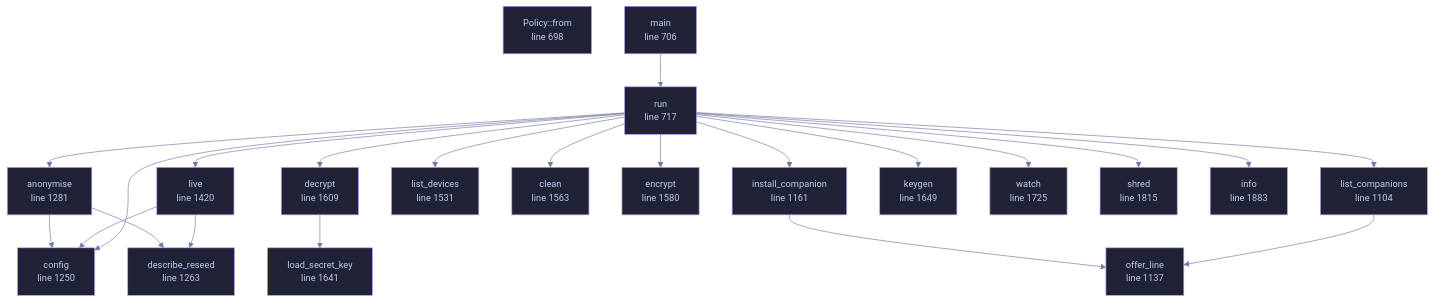
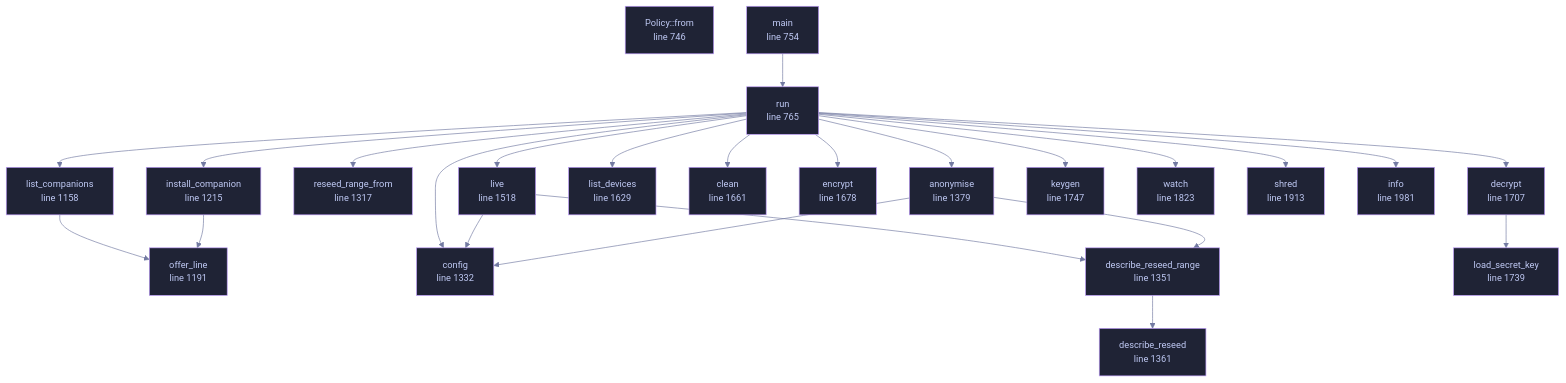
One commit to tilas01/veilvoice changed the diagram in docs/files/veilvoice-cli/main.md. Above: the diagram before and after it, drawn with Mermaid. The commit also changed other lines of this file and 37 other files, not shown here.

````diff
--- a/docs/files/veilvoice-cli/main.md
+++ b/docs/files/veilvoice-cli/main.md
@@ -129,65 +129,71 @@
 ```mermaid
 %%{init: {"theme":"base","themeVariables":{"background":"#1a1b26","primaryColor":"#1f2335","primaryTextColor":"#c0caf5","primaryBorderColor":"#7aa2f7","secondaryColor":"#16161e","tertiaryColor":"#16161e","lineColor":"#737aa2","textColor":"#c0caf5","mainBkg":"#1f2335","nodeBorder":"#7aa2f7","clusterBkg":"#16161e","clusterBorder":"#2f3549","fontFamily":"ui-monospace, SFMono-Regular, Consolas, monospace","fontSize":"14px"}}}%%
 flowchart TD
-    n_from["Policy::from<br/>line 698"]
-    n_main["main<br/>line 706"]
-    n_run["run<br/>line 717"]
-    n_list_companions["list_companions<br/>line 1104"]
-    n_offer_line["offer_line<br/>line 1137"]
-    n_install_companion["install_companion<br/>line 1161"]
-    n_config["config<br/>line 1250"]
-    n_describe_reseed["describe_reseed<br/>line 1263"]
-    n_anonymise["anonymise<br/>line 1281"]
-    n_live["live<br/>line 1420"]
-    n_list_devices["list_devices<br/>line 1531"]
-    n_clean["clean<br/>line 1563"]
-    n_encrypt["encrypt<br/>line 1580"]
-    n_decrypt["decrypt<br/>line 1609"]
-    n_load_secret_key["load_secret_key<br/>line 1641"]
-    n_keygen["keygen<br/>line 1649"]
-    n_watch["watch<br/>line 1725"]
-    n_shred["shred<br/>line 1815"]
-    n_info["info<br/>line 1883"]
+    n_from["Policy::from<br/>line 746"]
+    n_main["main<br/>line 754"]
+    n_run["run<br/>line 765"]
+    n_list_companions["list_companions<br/>line 1158"]
+    n_offer_line["offer_line<br/>line 1191"]
+    n_install_companion["install_companion<br/>line 1215"]
+    n_reseed_range_from["reseed_range_from<br/>line 1317"]
+    n_config["config<br/>line 1332"]
+    n_describe_reseed_range["describe_reseed_range<br/>line 1351"]
+    n_describe_reseed["describe_reseed<br/>line 1361"]
+    n_anonymise["anonymise<br/>line 1379"]
+    n_live["live<br/>line 1518"]
+    n_list_devices["list_devices<br/>line 1629"]
+    n_clean["clean<br/>line 1661"]
+    n_encrypt["encrypt<br/>line 1678"]
+    n_decrypt["decrypt<br/>line 1707"]
+    n_load_secret_key["load_secret_key<br/>line 1739"]
+    n_keygen["keygen<br/>line 1747"]
+    n_watch["watch<br/>line 1823"]
+    n_shred["shred<br/>line 1913"]
+    n_info["info<br/>line 1981"]
     n_anonymise --> n_config
-    n_anonymise --> n_describe_reseed
+    n_anonymise --> n_describe_reseed_range
     n_decrypt --> n_load_secret_key
+    n_describe_reseed_range --> n_describe_reseed
     n_install_companion --> n_offer_line
     n_list_companions --> n_offer_line
     n_live --> n_config
-    n_live --> n_describe_reseed
+    n_live --> n_describe_reseed_range
     n_main --> n_run
     n_run --> n_anonymise
     n_run --> n_clean
     n_run --> n_config
     n_run --> n_decrypt
     n_run --> n_encrypt
     n_run --> n_info
     n_run --> n_install_companion
     n_run --> n_keygen
     n_run --> n_list_companions
     n_run --> n_list_devices
     n_run --> n_live
+    n_run --> n_reseed_range_from
     n_run --> n_shred
     n_run --> n_watch
-    click n_from href "https://github.com/tilas01/veilvoice/blob/main/crates/veilvoice-cli/src/main.rs#L698" "open the source"
-    click n_main href "https://github.com/tilas01/veilvoice/blob/main/crates/veilvoice-cli/src/main.rs#L706" "open the source"
-    click n_run href "https://github.com/tilas01/veilvoice/blob/main/crates/veilvoice-cli/src/main.rs#L717" "open the source"
-    click n_list_companions href "https://github.com/tilas01/veilvoice/blob/main/crates/veilvoice-cli/src/main.rs#L1104" "open the source"
-    click n_offer_line href "https://github.com/tilas01/veilvoice/blob/main/crates/veilvoice-cli/src/main.rs#L1137" "open the source"
-    click n_install_companion href "https://github.com/tilas01/veilvoice/blob/main/crates/veilvoice-cli/src/main.rs#L1161" "open the source"
-    click n_config href "https://github.com/tilas01/veilvoice/blob/main/crates/veilvoice-cli/src/main.rs#L1250" "open the source"
-    click n_describe_reseed href "https://github.com/tilas01/veilvoice/blob/main/crates/veilvoice-cli/src/main.rs#L1263" "open the source"
-    click n_anonymise href "https://github.com/tilas01/veilvoice/blob/main/crates/veilvoice-cli/src/main.rs#L1281" "open the source"
-    click n_live href "https://github.com/tilas01/veilvoice/blob/main/crates/veilvoice-cli/src/main.rs#L1420" "open the source"
-    click n_list_devices href "https://github.com/tilas01/veilvoice/blob/main/crates/veilvoice-cli/src/main.rs#L1531" "open the source"
-    click n_clean href "https://github.com/tilas01/veilvoice/blob/main/crates/veilvoice-cli/src/main.rs#L1563" "open the source"
-    click n_encrypt href "https://github.com/tilas01/veilvoice/blob/main/crates/veilvoice-cli/src/main.rs#L1580" "open the source"
-    click n_decrypt href "https://github.com/tilas01/veilvoice/blob/main/crates/veilvoice-cli/src/main.rs#L1609" "open the source"
-    click n_load_secret_key href "https://github.com/tilas01/veilvoice/blob/main/crates/veilvoice-cli/src/main.rs#L1641" "open the source"
-    click n_keygen href "https://github.com/tilas01/veilvoice/blob/main/crates/veilvoice-cli/src/main.rs#L1649" "open the source"
-    click n_watch href "https://github.com/tilas01/veilvoice/blob/main/crates/veilvoice-cli/src/main.rs#L1725" "open the source"
-    click n_shred href "https://github.com/tilas01/veilvoice/blob/main/crates/veilvoice-cli/src/main.rs#L1815" "open the source"
-    click n_info href "https://github.com/tilas01/veilvoice/blob/main/crates/veilvoice-cli/src/main.rs#L1883" "open the source"
+    click n_from href "https://github.com/tilas01/veilvoice/blob/main/crates/veilvoice-cli/src/main.rs#L746" "open the source"
+    click n_main href "https://github.com/tilas01/veilvoice/blob/main/crates/veilvoice-cli/src/main.rs#L754" "open the source"
+    click n_run href "https://github.com/tilas01/veilvoice/blob/main/crates/veilvoice-cli/src/main.rs#L765" "open the source"
+    click n_list_companions href "https://github.com/tilas01/veilvoice/blob/main/crates/veilvoice-cli/src/main.rs#L1158" "open the source"
+    click n_offer_line href "https://github.com/tilas01/veilvoice/blob/main/crates/veilvoice-cli/src/main.rs#L1191" "open the source"
+    click n_install_companion href "https://github.com/tilas01/veilvoice/blob/main/crates/veilvoice-cli/src/main.rs#L1215" "open the source"
+    click n_reseed_range_from href "https://github.com/tilas01/veilvoice/blob/main/crates/veilvoice-cli/src/main.rs#L1317" "open the source"
+    click n_config href "https://github.com/tilas01/veilvoice/blob/main/crates/veilvoice-cli/src/main.rs#L1332" "open the source"
+    click n_describe_reseed_range href "https://github.com/tilas01/veilvoice/blob/main/crates/veilvoice-cli/src/main.rs#L1351" "open the source"
+    click n_describe_reseed href "https://github.com/tilas01/veilvoice/blob/main/crates/veilvoice-cli/src/main.rs#L1361" "open the source"
+    click n_anonymise href "https://github.com/tilas01/veilvoice/blob/main/crates/veilvoice-cli/src/main.rs#L1379" "open the source"
+    click n_live href "https://github.com/tilas01/veilvoice/blob/main/crates/veilvoice-cli/src/main.rs#L1518" "open the source"
+    click n_list_devices href "https://github.com/tilas01/veilvoice/blob/main/crates/veilvoice-cli/src/main.rs#L1629" "open the source"
+    click n_clean href "https://github.com/tilas01/veilvoice/blob/main/crates/veilvoice-cli/src/main.rs#L1661" "open the source"
+    click n_encrypt href "https://github.com/tilas01/veilvoice/blob/main/crates/veilvoice-cli/src/main.rs#L1678" "open the source"
+    click n_decrypt href "https://github.com/tilas01/veilvoice/blob/main/crates/veilvoice-cli/src/main.rs#L1707" "open the source"
+    click n_load_secret_key href "https://github.com/tilas01/veilvoice/blob/main/crates/veilvoice-cli/src/main.rs#L1739" "open the source"
+    click n_keygen href "https://github.com/tilas01/veilvoice/blob/main/crates/veilvoice-cli/src/main.rs#L1747" "open the source"
+    click n_watch href "https://github.com/tilas01/veilvoice/blob/main/crates/veilvoice-cli/src/main.rs#L1823" "open the source"
+    click n_shred href "https://github.com/tilas01/veilvoice/blob/main/crates/veilvoice-cli/src/main.rs#L1913" "open the source"
+    click n_info href "https://github.com/tilas01/veilvoice/blob/main/crates/veilvoice-cli/src/main.rs#L1981" "open the source"
     classDef helper fill:#1f2335,stroke:#bb9af7,color:#c0caf5
-    class n_from,n_main,n_run,n_list_companions,n_offer_line,n_install_companion,n_config,n_describe_reseed,n_anonymise,n_live,n_list_devices,n_clean,n_encrypt,n_decrypt,n_load_secret_key,n_keygen,n_watch,n_shred,n_info helper
+    class n_from,n_main,n_run,n_list_companions,n_offer_line,n_install_companion,n_reseed_range_from,n_config,n_describe_reseed_range,n_describe_reseed,n_anonymise,n_live,n_list_devices,n_clean,n_encrypt,n_decrypt,n_load_secret_key,n_keygen,n_watch,n_shred,n_info helper
 ```
````
